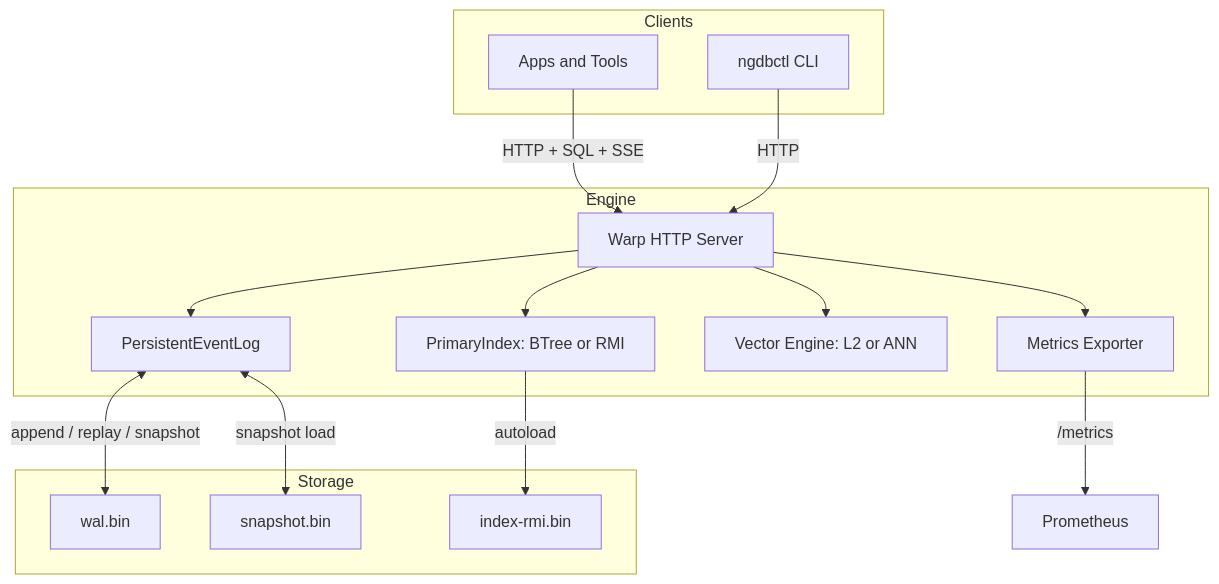
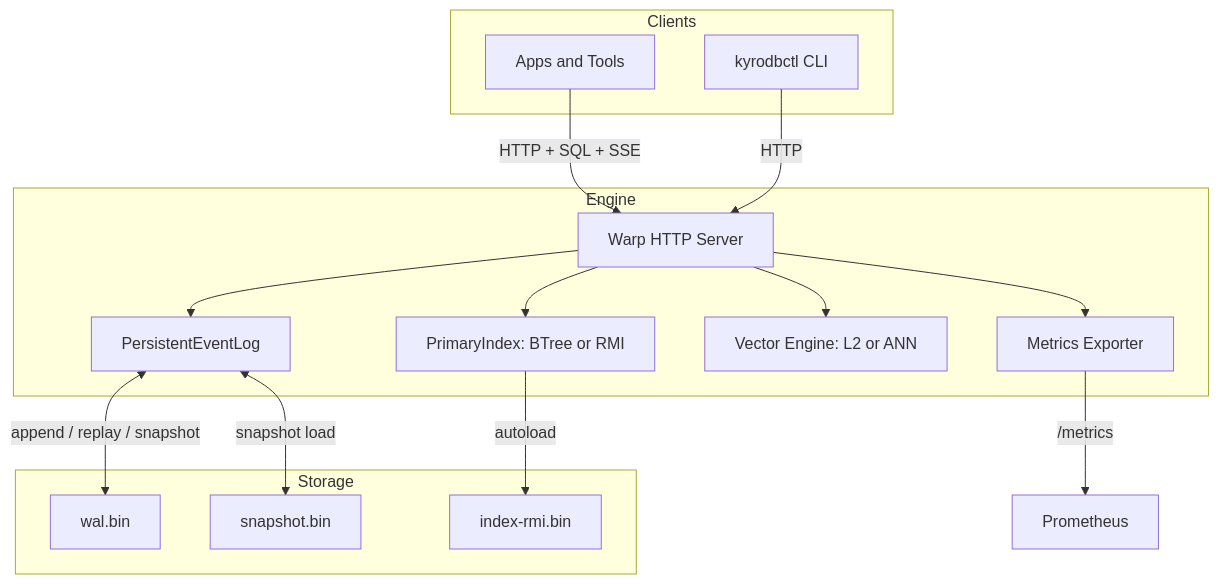
One commit to KyroDB/KyroDB changed the first of 2 diagrams in README.md. Above: the diagram before and after it, drawn with Mermaid. The commit also changed other lines of this file and 9 other files, not shown here.

Commit message:
rename: ngdb -> kyrodb across code/docs; crate renamed to kyrodb_engine; metrics prefixes kyrodb_*; HTTP auth token optional; snapshot policies; CLI renamed to kyrodbctl; wire /metrics and feature route stub.

````diff
--- a/README.md
+++ b/README.md
@@ -104,35 +104,35 @@
 ```mermaid
 graph TD
   subgraph Clients
     A[Apps and Tools]
-    B[ngdbctl CLI]
+    B[kyrodbctl CLI]
   end
 
   A -->|HTTP + SQL + SSE| E
   B -->|HTTP| E
 
   subgraph Engine
     E[Warp HTTP Server]
     S[PersistentEventLog]
     I[PrimaryIndex: BTree or RMI]
     V[Vector Engine: L2 or ANN]
     M[Metrics Exporter]
   end
 
   E --> S
   E --> I
   E --> V
   E --> M
 
   subgraph Storage
     W[wal.bin]
     P[snapshot.bin]
     R[index-rmi.bin]
   end
 
   S <-->|append / replay / snapshot| W
   S <-->|snapshot load| P
   I -->|autoload| R
 
   M -->|/metrics| C[Prometheus]
 ```
````
